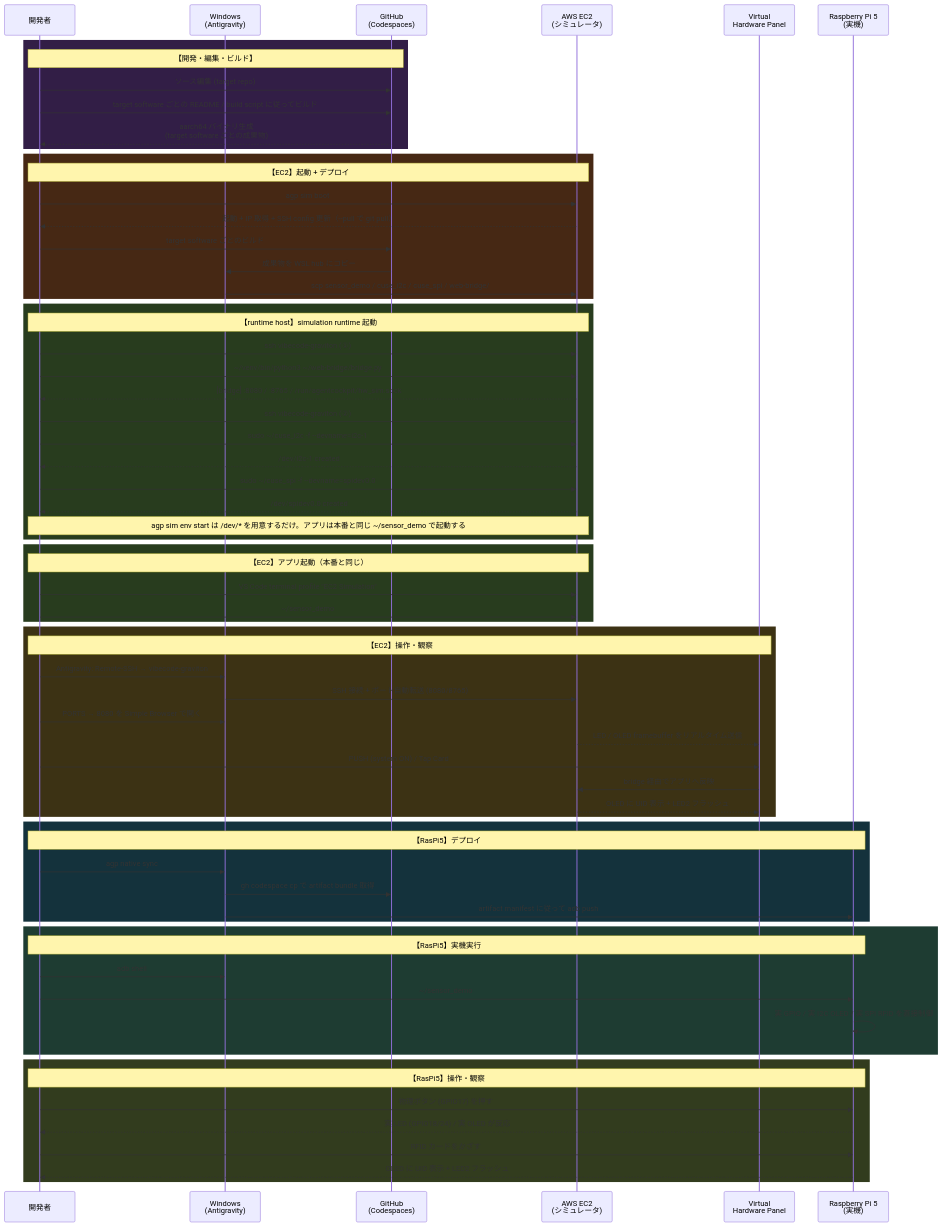
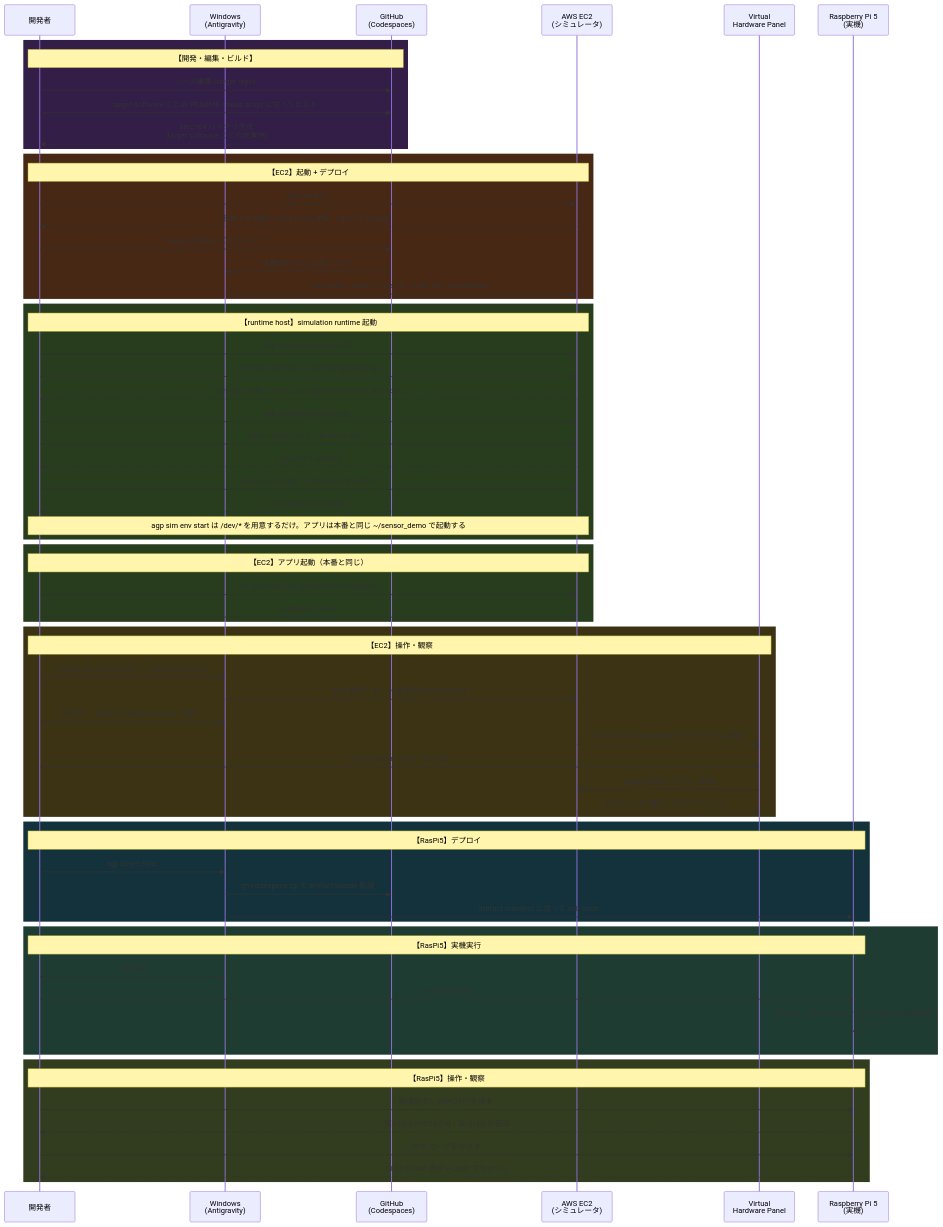
Before and after one commit to ThousandsOfTies/GaplessAgentRuntime: the diagram in docs/02_WORKFLOW.md, drawn with Mermaid. The commit also changed 12 other files, not shown here.

Commit message:
Rename native agp target commands

````diff
--- a/docs/02_WORKFLOW.md
+++ b/docs/02_WORKFLOW.md
@@ -34,77 +34,77 @@
 ```mermaid
 sequenceDiagram
     participant Dev as 開発者
     participant Win as Windows<br/>(Antigravity)
     participant GH as GitHub<br/>(Codespaces)
     participant EC2 as AWS EC2<br/>(シミュレータ)
     participant Panel as Virtual<br/>Hardware Panel
     participant RPi as Raspberry Pi 5<br/>(実機)
 
     rect rgb(50, 30, 70)
         Note over Dev,GH: 【開発・編集・ビルド】
         Dev->>GH: ソース編集 (target repo)
         Dev->>GH: target software ごとの README / build script に従ってビルド
         GH-->>Dev: aarch64 バイナリ生成<br/>(target software ごとの成果物)
     end
 
     rect rgb(70, 40, 20)
         Note over Dev,EC2: 【EC2】起動 + デプロイ
         Dev->>EC2: agp sim boot
         EC2-->>Dev: 起動 + IP 取得 + SSH config 更新（--pull で git pull）
         Dev->>GH: target software ごとのビルド
         GH->>Win: 成果物を WSL hub にコピー
         Win->>EC2: scp sensor_demo / cuse_i2c / cuse_spi / web-bridge/
     end
 
     rect rgb(40, 60, 30)
         Note over Dev,EC2: 【runtime host】simulation runtime 起動
         Dev->>EC2: ssh vibecode-graviton (①)
         Dev->>EC2: ~/venv/bin/python3 ~/web-bridge/bridge.py
         EC2-->>Dev: [bridge] :8080 / :8765 / /run/agentcockpit/hw_sim.sock
         Dev->>EC2: ssh vibecode-graviton (②)
         Dev->>EC2: sudo ~/cuse_i2c -f --devname=i2c-1
         EC2-->>Dev: /dev/i2c-1 created
         Dev->>EC2: sudo ~/cuse_spi -f --devname=spidev0.0
         EC2-->>Dev: /dev/spidev0.0 created
         Note over Dev,EC2: agp sim env start は /dev/* を用意するだけ。アプリは本番と同じ ~/sensor_demo で起動する
     end
 
     rect rgb(40, 60, 30)
         Note over Dev,EC2: 【EC2】アプリ起動（本番と同じ）
         Dev->>EC2: VS Code terminal profile "EC2 Simulation"
         Dev->>EC2: ~/sensor_demo
     end
 
     rect rgb(60, 50, 20)
         Note over Dev,Panel: 【EC2】操作・観察
         Dev->>Win: Antigravity: Remote-SSH → vibecode-graviton
         Win->>EC2: SSH 接続 + ポート自動転送 (8080/8765)
         Dev->>Win: PORTS → 8080 を Simple Browser で開く
         EC2-->>Panel: LED / OLED framebuffer をリアルタイム送信
         Dev->>Panel: PUSH (system ON) / Tap Card
         Panel->>EC2: bridge 経由でアプリへ反映
         EC2-->>Panel: OLED に UID 表示 + LED2 フラッシュ
     end
 
     rect rgb(20, 50, 60)
         Note over Dev,RPi: 【RasPi5】デプロイ
-        Dev->>Win: agp native sync
+        Dev->>Win: agp target sync
         Win->>GH: gh codespace cp で artifact bundle 取得
         Win->>RPi: artifact manifest に従って adb push
     end
 
     rect rgb(30, 60, 50)
         Note over Dev,RPi: 【RasPi5】実機実行
         Dev->>Win: adb shell
         Dev->>RPi: ~/sensor_demo
         RPi->>RPi: 実 GPIO / 実 I2C OLED / 実 SPI RFID を直接制御
     end
 
     rect rgb(50, 60, 30)
         Note over Dev,RPi: 【RasPi5】操作・観察
         Dev->>RPi: 物理ボタン (GPIO17) を押す
         RPi-->>Dev: 実 LED (GPIO18/24) / 実 OLED が反応
         Dev->>RPi: RFID カードをかざす
         RPi-->>Dev: OLED に UID 表示 + LED2 フラッシュ
     end
 ```
````
